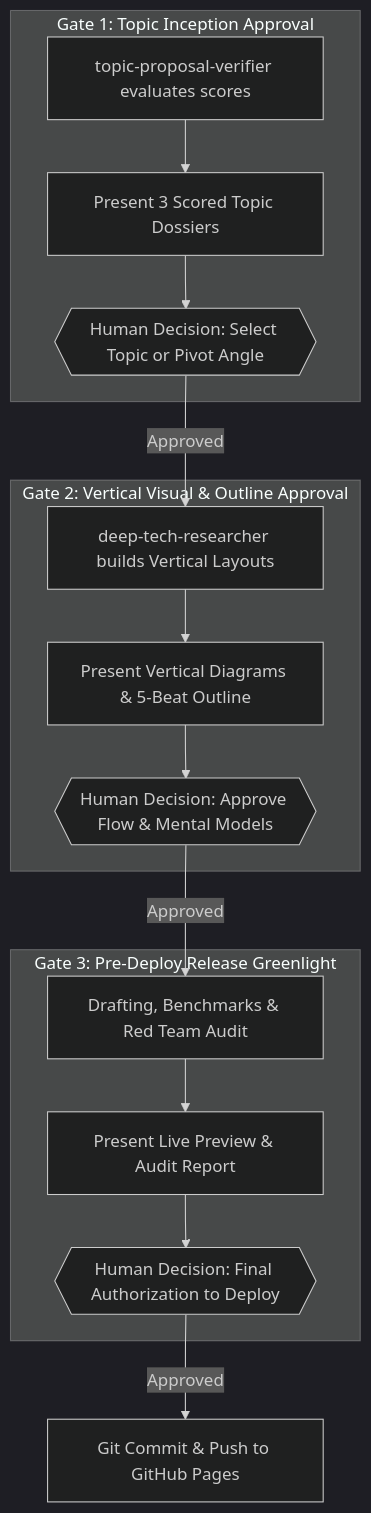
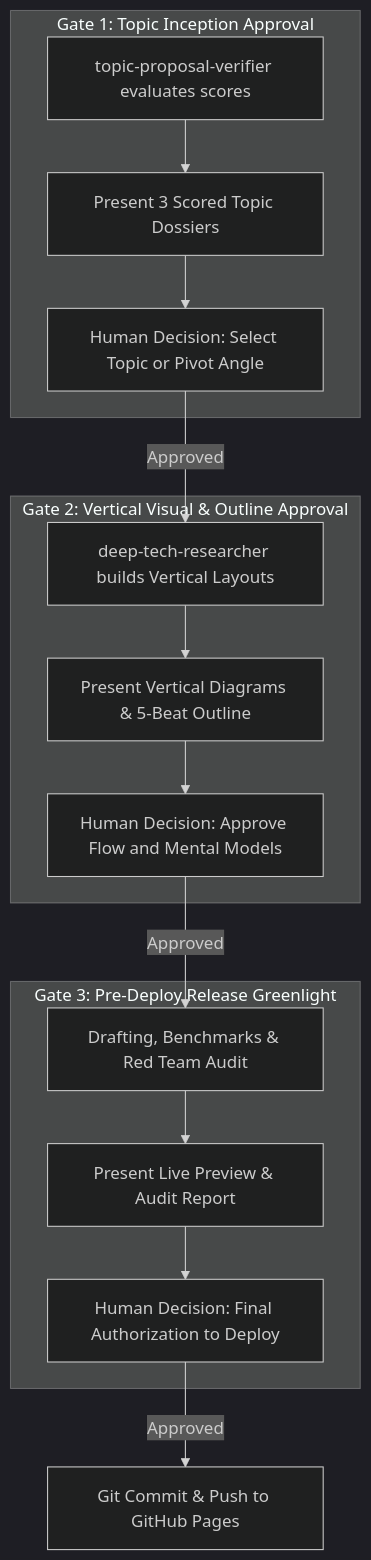
Before and after one commit to akmalkhaniub/akmalkhaniub.github.io: the second of 2 diagrams in DEEP_TECH_RESEARCH_AND_VISUAL_BLOG_FRAMEWORK_2026-09-07.md, drawn with Mermaid (dark theme). The commit also changed other lines of this file and 411 other files, not shown here.

````diff
--- a/DEEP_TECH_RESEARCH_AND_VISUAL_BLOG_FRAMEWORK_2026-09-07.md
+++ b/DEEP_TECH_RESEARCH_AND_VISUAL_BLOG_FRAMEWORK_2026-09-07.md
@@ -59,21 +59,21 @@
 ```mermaid
 flowchart TD
   subgraph Gate1_Section ["Gate 1: Topic Inception Approval"]
     G1_A["topic-proposal-verifier evaluates scores"] --> G1_B["Present 3 Scored Topic Dossiers"]
-    G1_B --> G1_C{{"Human Decision: Select Topic or Pivot Angle"}}
+    G1_B --> G1_C["Human Decision: Select Topic or Pivot Angle"]
   end
 
   subgraph Gate2_Section ["Gate 2: Vertical Visual & Outline Approval"]
     G1_C -->|Approved| G2_A["deep-tech-researcher builds Vertical Layouts"]
     G2_A --> G2_B["Present Vertical Diagrams & 5-Beat Outline"]
-    G2_B --> G2_C{{"Human Decision: Approve Flow & Mental Models"}}
+    G2_B --> G2_C["Human Decision: Approve Flow and Mental Models"]
   end
 
   subgraph Gate3_Section ["Gate 3: Pre-Deploy Release Greenlight"]
     G2_C -->|Approved| G3_A["Drafting, Benchmarks & Red Team Audit"]
     G3_A --> G3_B["Present Live Preview & Audit Report"]
-    G3_B --> G3_C{{"Human Decision: Final Authorization to Deploy"}}
+    G3_B --> G3_C["Human Decision: Final Authorization to Deploy"]
   end
 
   G3_C -->|Approved| G3_D["Git Commit & Push to GitHub Pages"]
 ```
````
